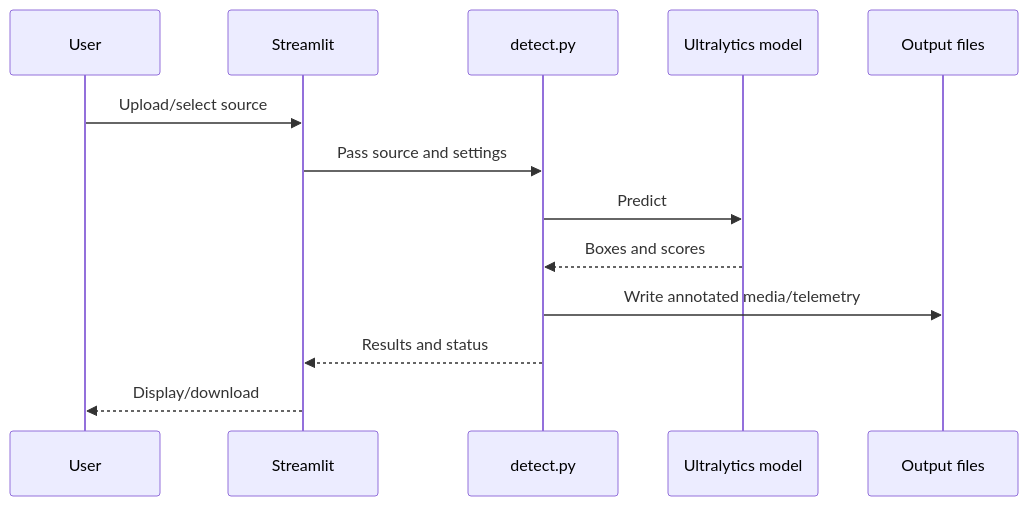
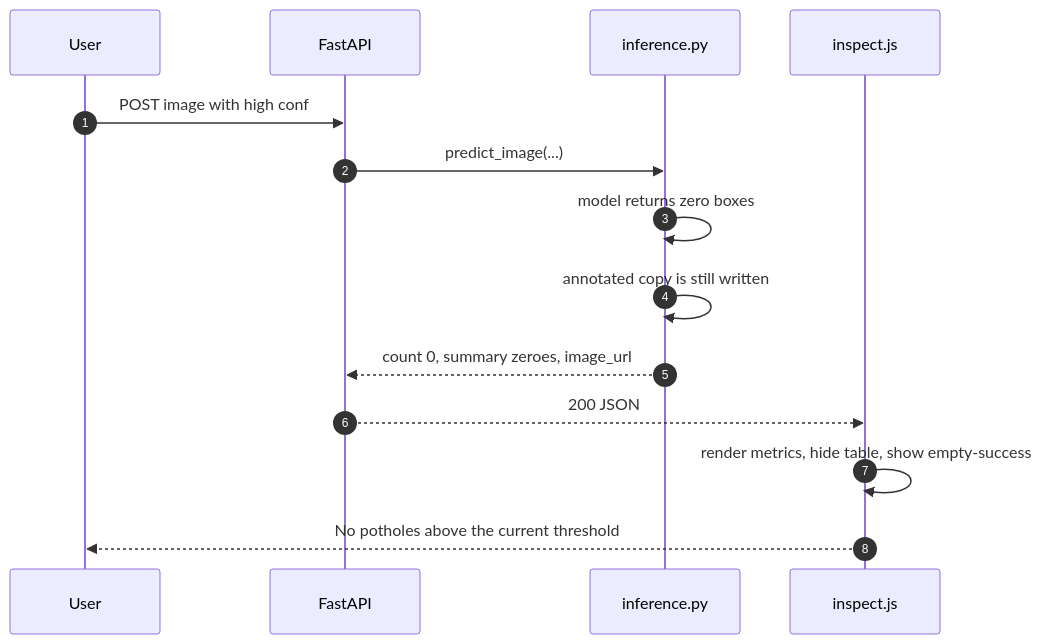
One commit to Aayush9808/InfraScan-Documentation changed the third of 12 diagrams in 04-architecture/component-interactions.md. Above: the diagram before and after it, drawn with Mermaid. The commit also changed other lines of this file and 7 other files, not shown here.

First line of the commit message:
docs: rebuild architecture chapter with system, API, frontend and operations pages

````diff
--- a/04-architecture/component-interactions.md
+++ b/04-architecture/component-interactions.md
@@ -3,15 +122,17 @@
 ```mermaid
 sequenceDiagram
-  participant U as User
-  participant S as Streamlit
-  participant D as detect.py
-  participant M as Ultralytics model
-  participant O as Output files
-  U->>S: Upload/select source
-  S->>D: Pass source and settings
-  D->>M: Predict
-  M-->>D: Boxes and scores
-  D->>O: Write annotated media/telemetry
-  D-->>S: Results and status
-  S-->>U: Display/download
+    autonumber
+    participant U as User
+    participant API as FastAPI
+    participant INF as inference.py
+    participant UI as inspect.js
+
+    U->>API: POST image with high conf
+    API->>INF: predict_image(...)
+    INF->>INF: model returns zero boxes
+    INF->>INF: annotated copy is still written
+    INF-->>API: count 0, summary zeroes, image_url
+    API-->>UI: 200 JSON
+    UI->>UI: render metrics, hide table, show empty-success
+    UI-->>U: No potholes above the current threshold
 ```
````
